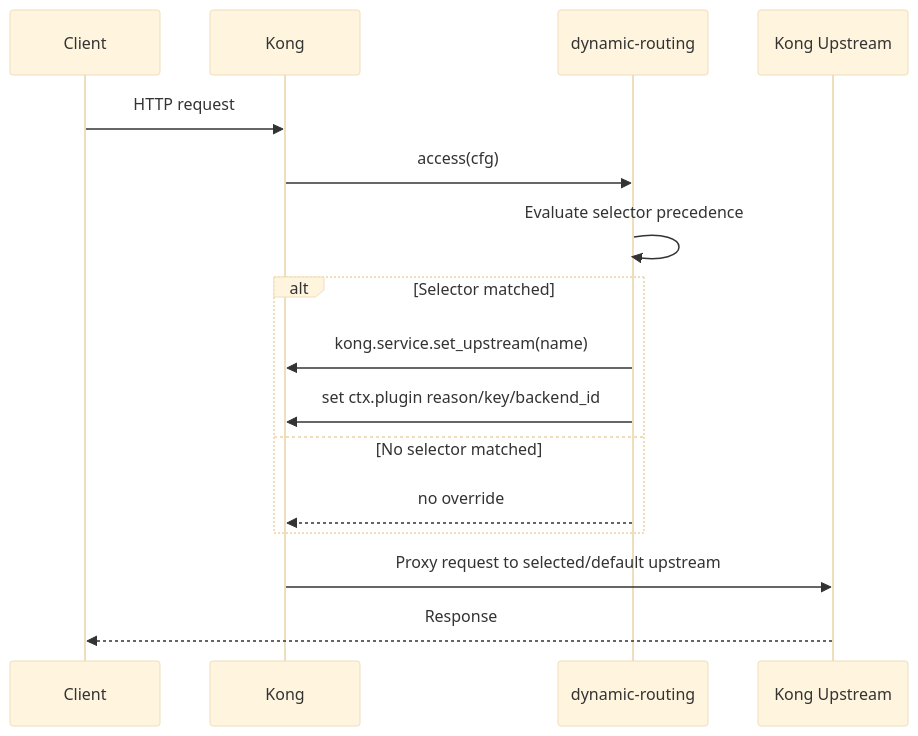
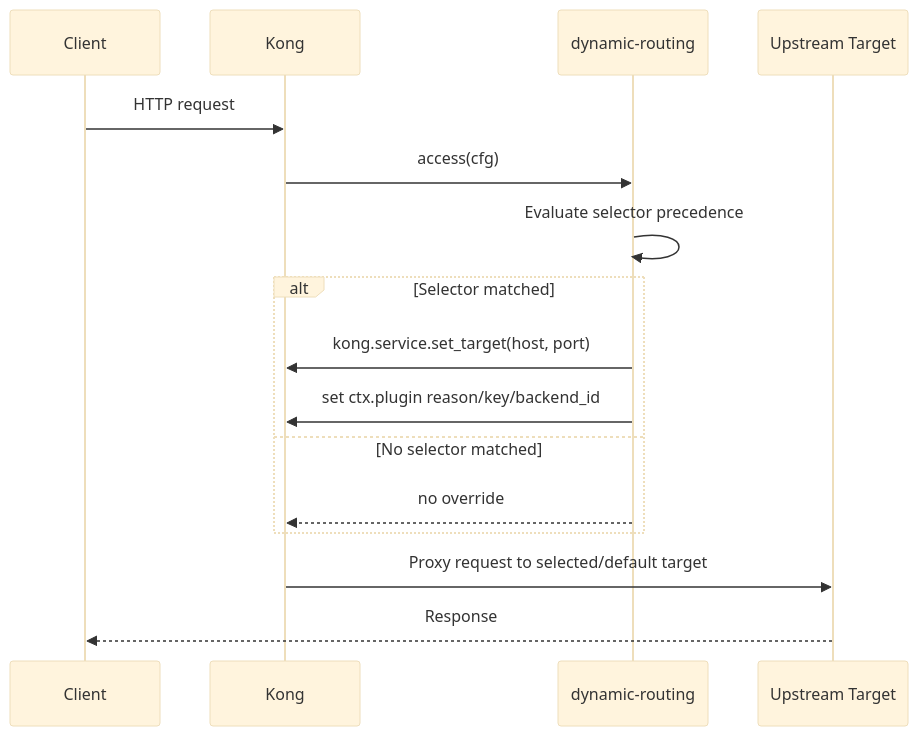
One commit to ShanmughasundaramRajendran/kong-plugin-upstream-env-selector changed the second of 2 diagrams in docs/plugin-code-walkthrough.md. Above: the diagram before and after it, drawn with Mermaid (base theme). The commit also changed other lines of this file and 10 other files, not shown here.

````diff
--- a/docs/plugin-code-walkthrough.md
+++ b/docs/plugin-code-walkthrough.md
@@ -67,19 +68,19 @@
 ```mermaid
 sequenceDiagram
     participant Client
     participant Kong
     participant DR as dynamic-routing
-    participant Up as Kong Upstream
+    participant Up as Upstream Target
 
     Client->>Kong: HTTP request
     Kong->>DR: access(cfg)
     DR->>DR: Evaluate selector precedence
     alt Selector matched
-      DR->>Kong: kong.service.set_upstream(name)
+      DR->>Kong: kong.service.set_target(host, port)
       DR->>Kong: set ctx.plugin reason/key/backend_id
     else No selector matched
       DR-->>Kong: no override
     end
-    Kong->>Up: Proxy request to selected/default upstream
+    Kong->>Up: Proxy request to selected/default target
     Up-->>Client: Response
 ```
````
